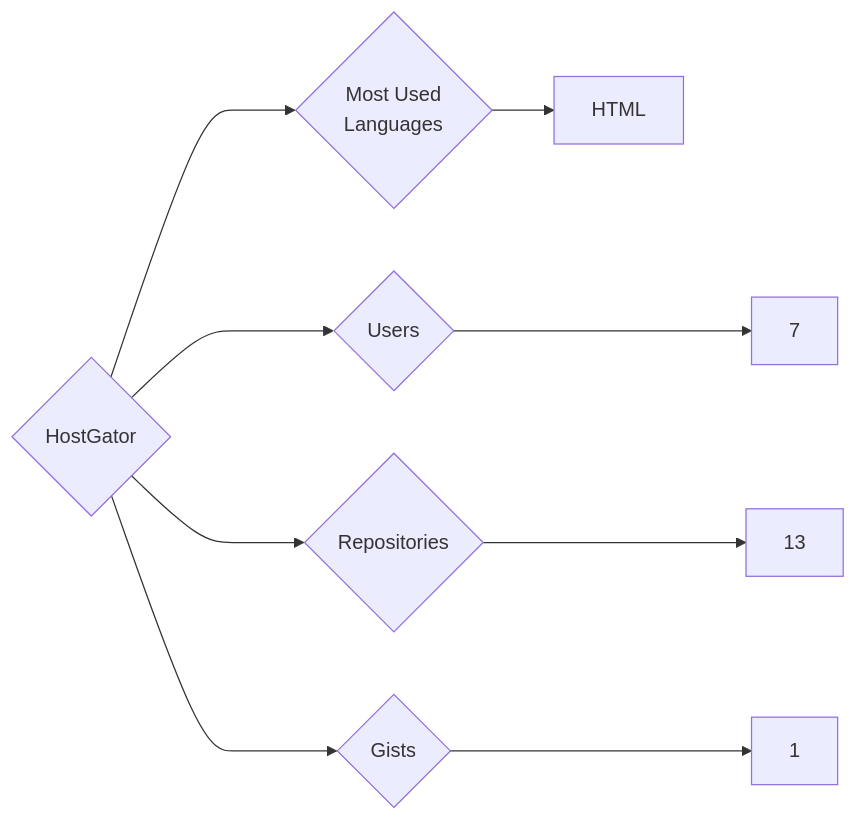
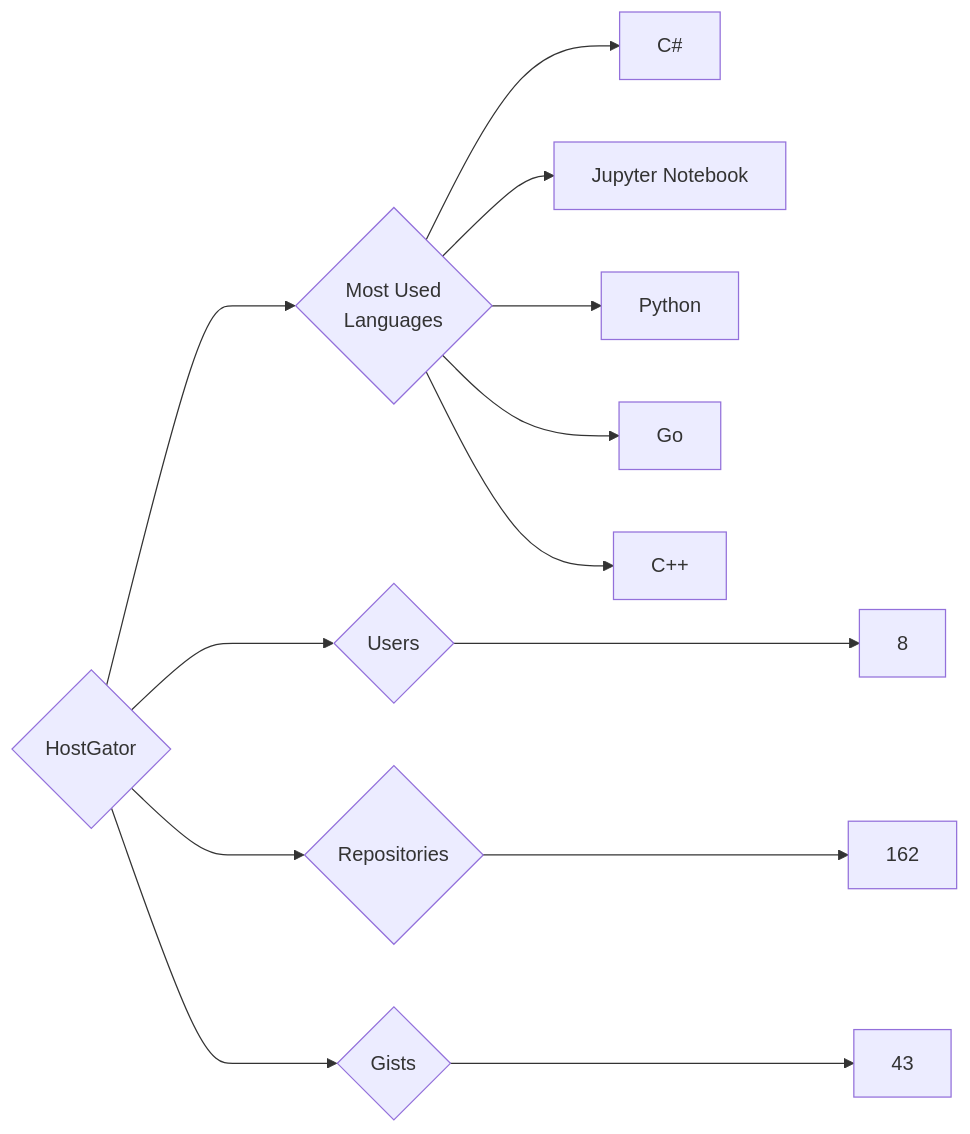
One commit to trickest/insiders changed the diagram in targets/HostGator/README.md. Above: the diagram before and after it, drawn with Mermaid. The commit also changed 611 other files, not shown here.

````diff
--- a/targets/HostGator/README.md
+++ b/targets/HostGator/README.md
@@ -3,9 +3,13 @@
 ```mermaid
 graph LR
 COMPANY_NAME{HostGator}
-COMPANY_NAME ---> U{Users} ---> UN[7]
-COMPANY_NAME ---> R{Repositories} ---> RN[13]
-COMPANY_NAME ---> G{Gists} ---> GN[1]
+COMPANY_NAME ---> U{Users} ---> UN[8]
+COMPANY_NAME ---> R{Repositories} ---> RN[162]
+COMPANY_NAME ---> G{Gists} ---> GN[43]
 COMPANY_NAME ---> ML{Most Used<br>Languages}
-ML --> HTML[HTML]
+ML --> C#[C#]
+ML --> Jupyter_Notebook[Jupyter Notebook]
+ML --> Python[Python]
+ML --> Go[Go]
+ML --> C++[C++]
 ```
````
